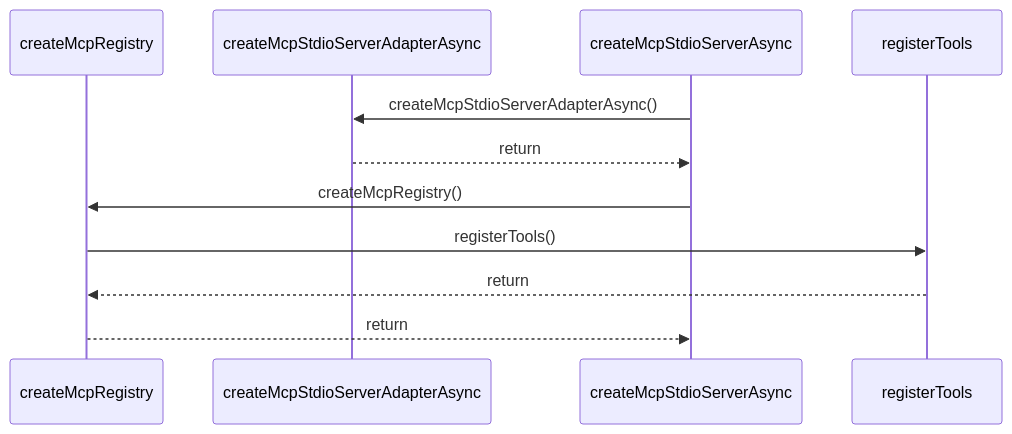
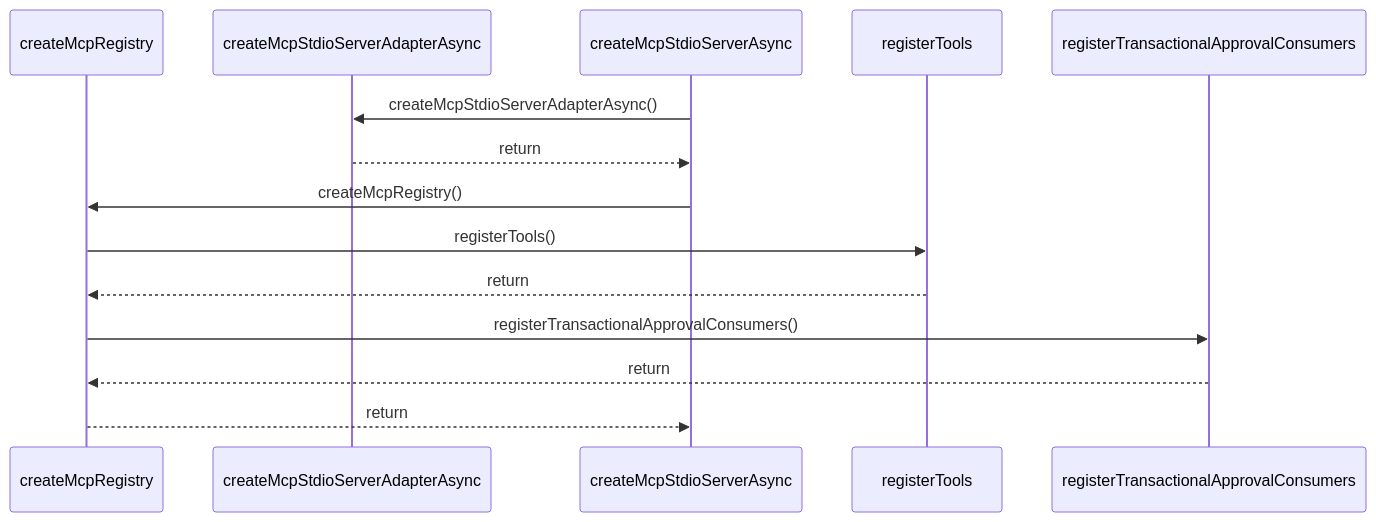
The diagram in paradox/diagrams/sequences/create-mcp-stdio-server-async.mmd (ankhorage/mcp), drawn with Mermaid before and after one commit. The commit also changed 14 other files, not shown here.

```diff
--- a/paradox/diagrams/sequences/create-mcp-stdio-server-async.mmd
+++ b/paradox/diagrams/sequences/create-mcp-stdio-server-async.mmd
@@ -1,11 +1,14 @@
 sequenceDiagram
   participant participant_createMcpRegistry as createMcpRegistry
   participant participant_createMcpStdioServerAdapterAsync as createMcpStdioServerAdapterAsync
   participant participant_createMcpStdioServerAsync as createMcpStdioServerAsync
   participant participant_registerTools as registerTools
+  participant participant_registerTransactionalApprovalConsumers as registerTransactionalApprovalConsumers
   participant_createMcpStdioServerAsync->>participant_createMcpStdioServerAdapterAsync: createMcpStdioServerAdapterAsync()
   participant_createMcpStdioServerAdapterAsync-->>participant_createMcpStdioServerAsync: return
   participant_createMcpStdioServerAsync->>participant_createMcpRegistry: createMcpRegistry()
   participant_createMcpRegistry->>participant_registerTools: registerTools()
   participant_registerTools-->>participant_createMcpRegistry: return
+  participant_createMcpRegistry->>participant_registerTransactionalApprovalConsumers: registerTransactionalApprovalConsumers()
+  participant_registerTransactionalApprovalConsumers-->>participant_createMcpRegistry: return
   participant_createMcpRegistry-->>participant_createMcpStdioServerAsync: return
```
